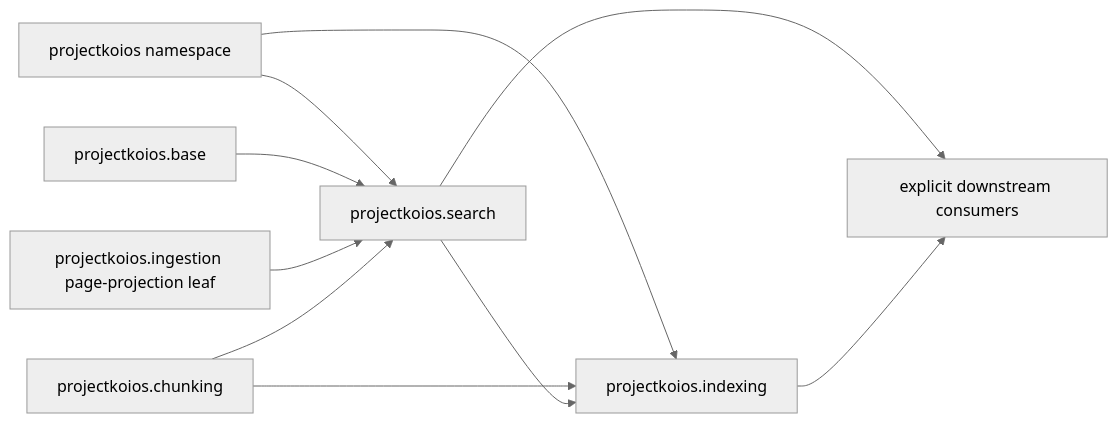
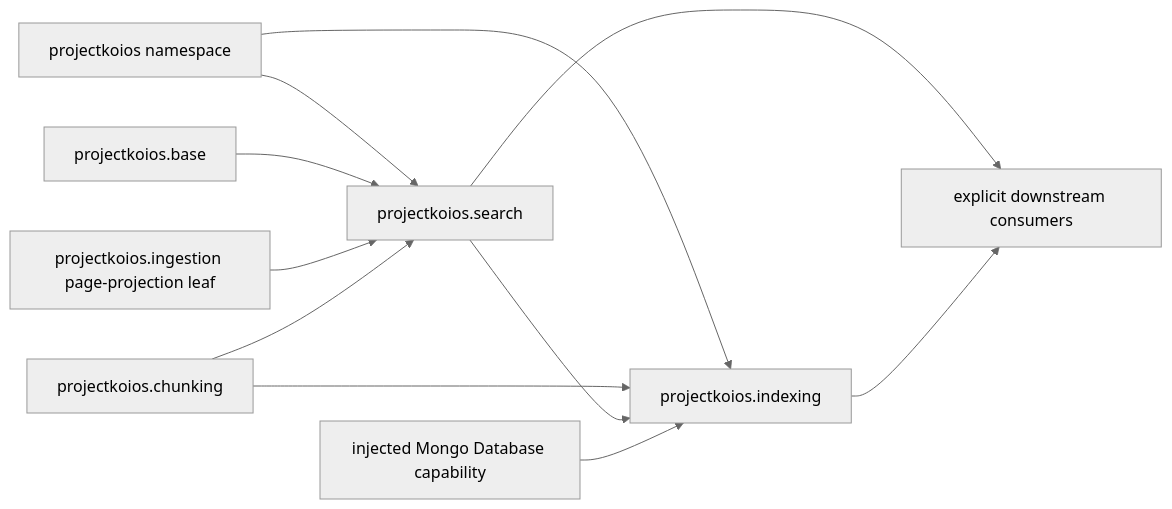
The diagram in docs/architecture/projectkoios/schematic.md (eragasa/projectkoios-search), drawn with Mermaid (neutral theme) before and after one commit. The commit also changed other lines of this file and 42 other files, not shown here.

````diff
--- a/docs/architecture/projectkoios/schematic.md
+++ b/docs/architecture/projectkoios/schematic.md
@@ -3,12 +3,13 @@
 ```mermaid
 flowchart LR
     Namespace["projectkoios namespace"] --> Search["projectkoios.search"]
     Namespace --> Indexing["projectkoios.indexing"]
     Base["projectkoios.base"] --> Search
     Ingestion["projectkoios.ingestion page-projection leaf"] --> Search
     Chunking["projectkoios.chunking"] --> Search
     Chunking --> Indexing
     Search --> Indexing
+    Mongo["injected Mongo Database capability"] --> Indexing
     Search --> Consumers["explicit downstream consumers"]
     Indexing --> Consumers
 ```
````
